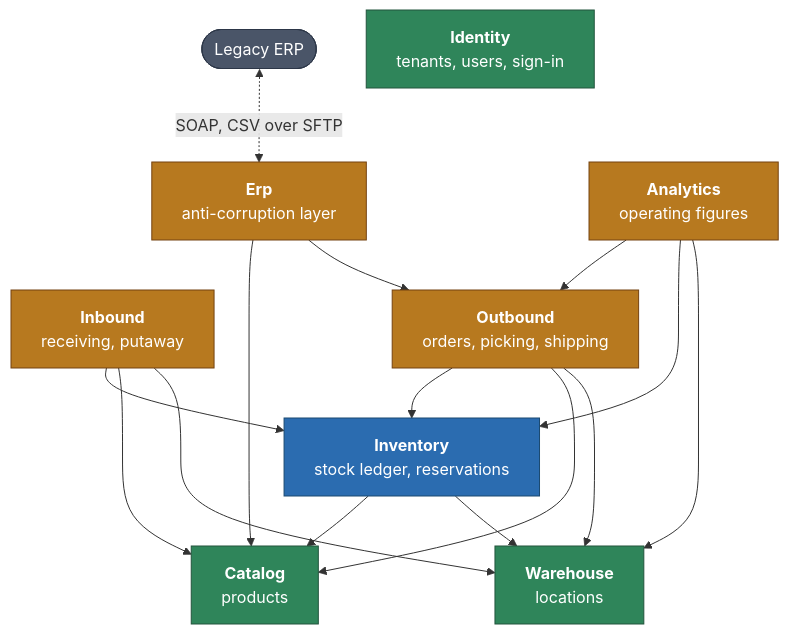
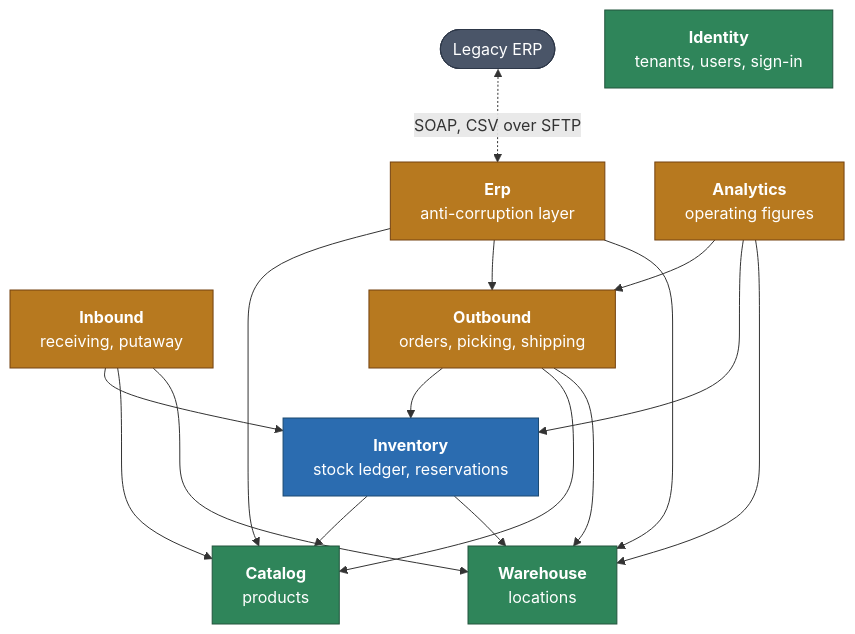
Before and after one commit to Fit0/estiba-wms: the diagram in docs/domain/context-map.md, drawn with Mermaid. The commit also changed other lines of this file and 35 other files, not shown here.

````diff
--- a/docs/domain/context-map.md
+++ b/docs/domain/context-map.md
@@ -9,34 +9,35 @@
 ```mermaid
 flowchart TB
     erp(["Legacy ERP"]):::ext
     erpctx["<b>Erp</b><br/>anti-corruption layer"]:::down
     inbound["<b>Inbound</b><br/>receiving, putaway"]:::down
     outbound["<b>Outbound</b><br/>orders, picking, shipping"]:::down
     inventory["<b>Inventory</b><br/>stock ledger, reservations"]:::core
     catalog["<b>Catalog</b><br/>products"]:::up
     warehouse["<b>Warehouse</b><br/>locations"]:::up
     identity["<b>Identity</b><br/>tenants, users, sign-in"]:::up
     analytics["<b>Analytics</b><br/>operating figures"]:::down
 
     inbound --> inventory
     outbound --> inventory
     inbound --> catalog
     inbound --> warehouse
     outbound --> catalog
     outbound --> warehouse
     inventory --> catalog
     inventory --> warehouse
     analytics --> outbound
     analytics --> inventory
     analytics --> warehouse
 
     erpctx --> catalog
     erpctx --> outbound
+    erpctx --> warehouse
 
     erp <-.->|"SOAP, CSV over SFTP"| erpctx
 
     classDef up fill:#2f855a,stroke:#22543d,color:#ffffff
     classDef core fill:#2b6cb0,stroke:#1a4971,color:#ffffff
     classDef down fill:#b7791f,stroke:#744210,color:#ffffff
     classDef ext fill:#4a5568,stroke:#2d3748,color:#ffffff
 ```
````
